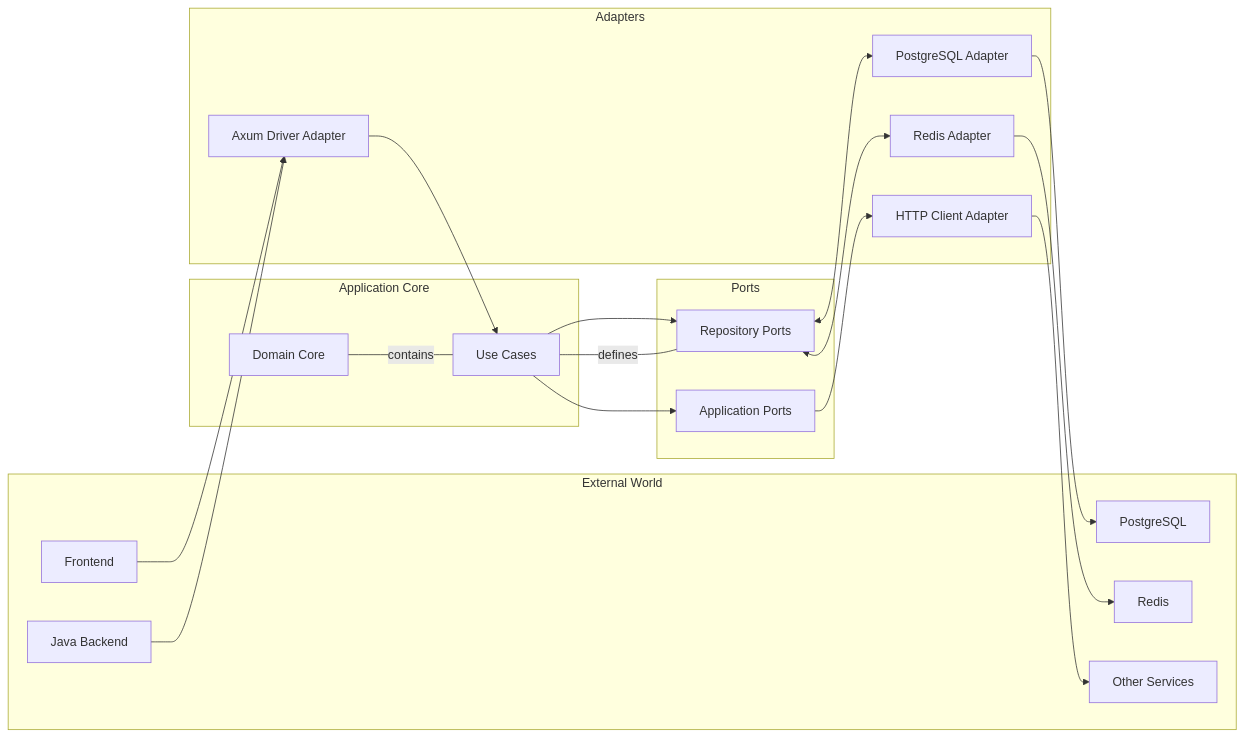
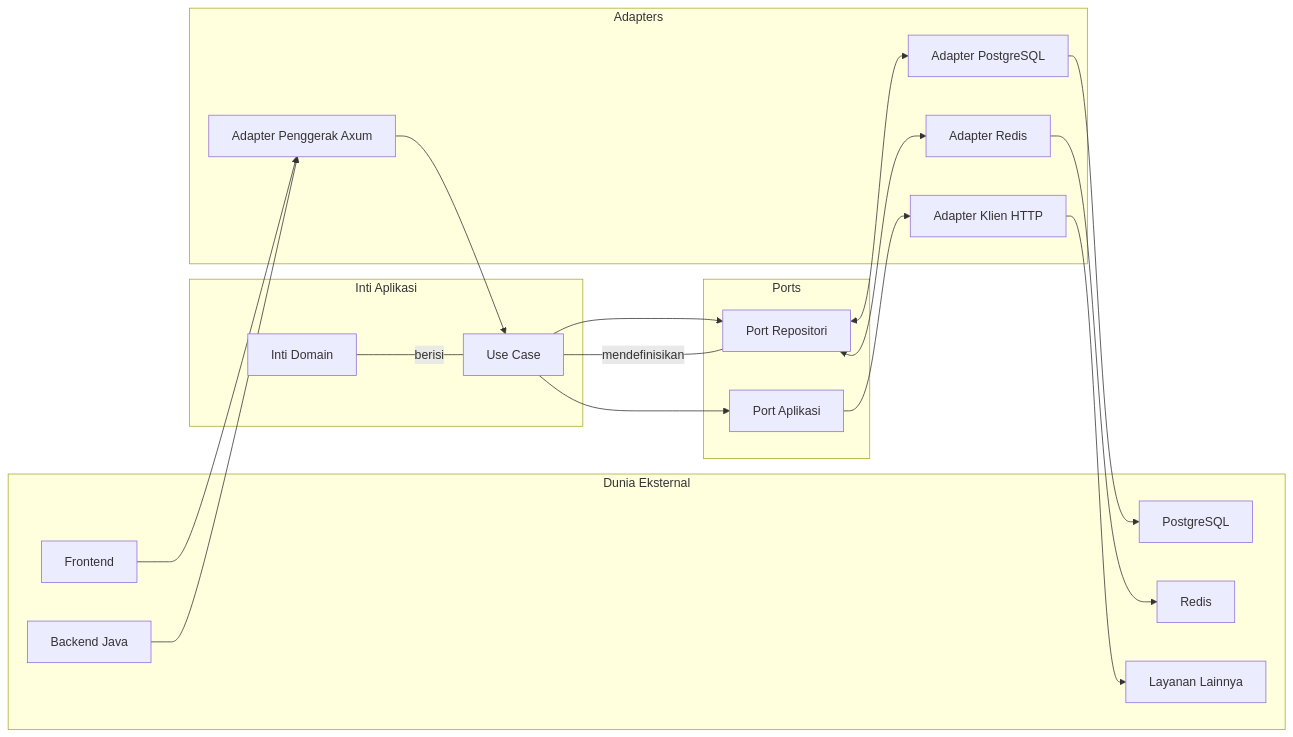
Before and after one commit to advprog-2026-A14-project/yomu-docs: the fourth of 4 diagrams in content/docs/backend-rust/index.mdx, drawn with Mermaid. The commit also changed other lines of this file and 30 other files, not shown here.

````diff
--- a/content/docs/backend-rust/index.mdx
+++ b/content/docs/backend-rust/index.mdx
@@ -288,42 +288,42 @@
 ```mermaid
 graph LR
-    subgraph "External World"
+    subgraph "Dunia Eksternal"
         FE[Frontend]
-        JAVA[Java Backend]
+        JAVA[Backend Java]
         PG[PostgreSQL]
         REDIS[Redis]
-        EXTERNAL[Other Services]
+        EXTERNAL[Layanan Lainnya]
     end
     
-    subgraph "Application Core"
-        DC[Domain Core]
-        UC[Use Cases]
+    subgraph "Inti Aplikasi"
+        DC[Inti Domain]
+        UC[Use Case]
     end
     
     subgraph "Ports"
-        RP[Repository Ports]
-        AP[Application Ports]
+        RP[Port Repositori]
+        AP[Port Aplikasi]
     end
     
     subgraph "Adapters"
-        A1[PostgreSQL Adapter]
-        A2[Redis Adapter]
-        A3[Axum Driver Adapter]
-        A4[HTTP Client Adapter]
+        A1[Adapter PostgreSQL]
+        A2[Adapter Redis]
+        A3[Adapter Penggerak Axum]
+        A4[Adapter Klien HTTP]
     end
     
     FE --> A3
     JAVA --> A3
     A3 --> UC
     UC --> RP
     RP <--> A1
     RP <--> A2
     A1 --> PG
     A2 --> REDIS
     UC --> AP
     AP --> A4
     A4 --> EXTERNAL
     
-    DC ---|contains| UC
-    RP ---|defines| UC
+    DC ---|berisi| UC
+    RP ---|mendefinisikan| UC
 ```
````
